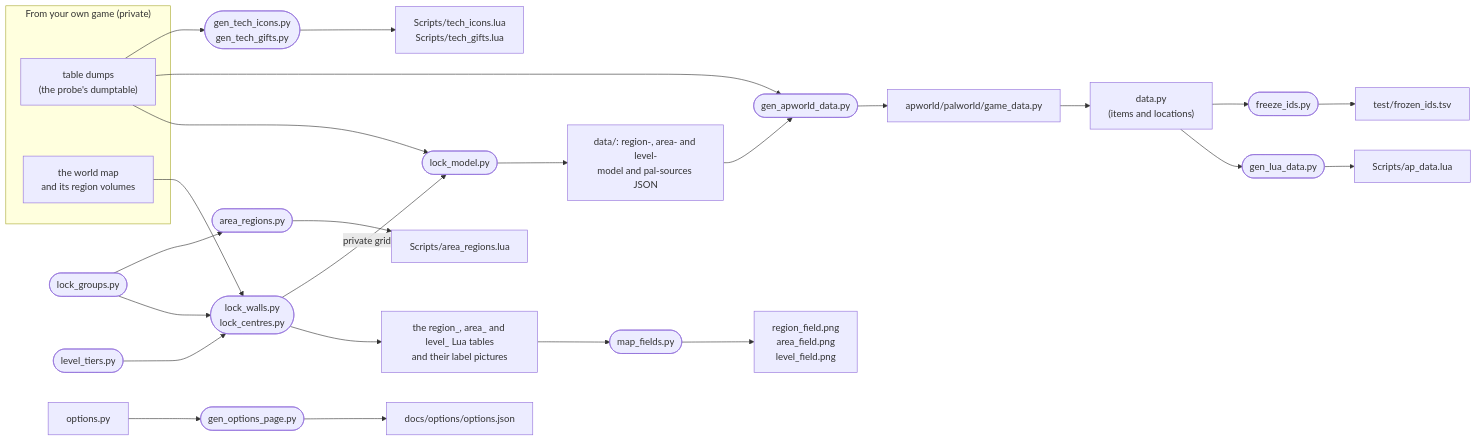
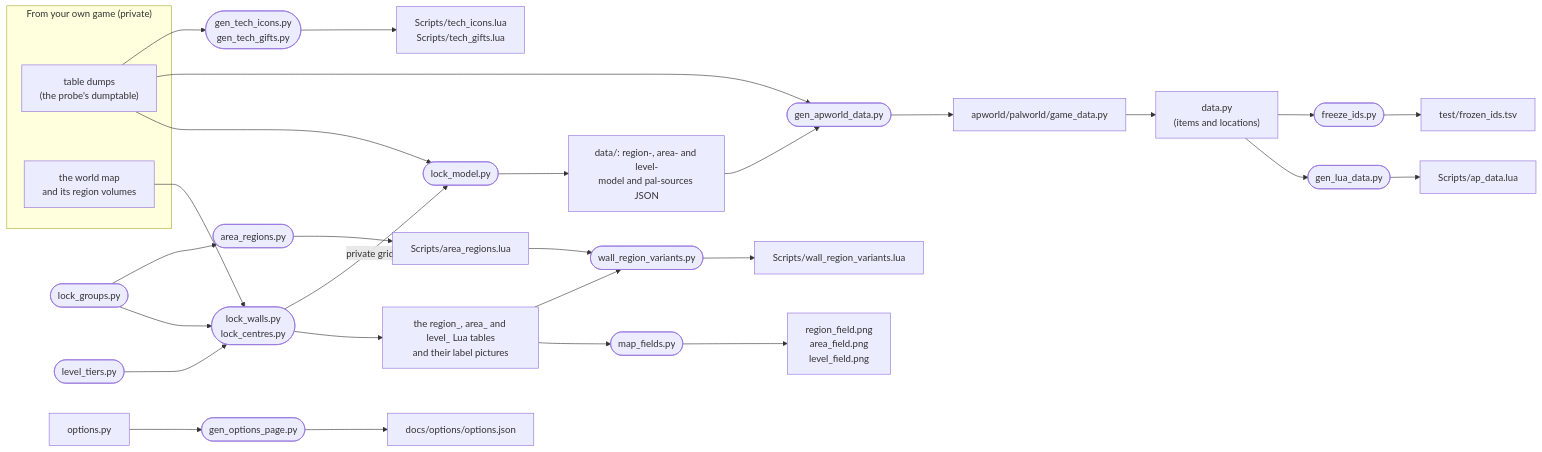
The third of 13 diagrams in docs/architecture.md (JustEyeTea/Palworld-Archipelago-Randomizer), drawn with Mermaid before and after one commit. The commit also changed other lines of this file and 55 other files, not shown here.

````diff
--- a/docs/architecture.md
+++ b/docs/architecture.md
@@ -150,22 +155,25 @@
 ```mermaid
 flowchart LR
   subgraph private["From your own game (private)"]
     DUMPS["table dumps<br/>(the probe's dumptable)"]
     MAP["the world map<br/>and its region volumes"]
   end
   LG(["lock_groups.py"]) --> LW
   MAP --> LW(["lock_walls.py<br/>lock_centres.py"])
   LT(["level_tiers.py"]) --> LW
   LW --> LOCKLUA["the region_, area_ and level_ Lua tables<br/>and their label pictures"]
   LOCKLUA --> MF(["map_fields.py"]) --> FIELDS["region_field.png<br/>area_field.png<br/>level_field.png"]
   LG --> AR(["area_regions.py"]) --> ARL["Scripts/area_regions.lua"]
+  ARL --> WV(["wall_region_variants.py"])
+  LOCKLUA --> WV --> WVL["Scripts/wall_region_variants.lua"]
   LW -->|"private grid"| LM(["lock_model.py"])
   DUMPS --> LM --> DATA["data/: region-, area- and level-<br/>model and pal-sources JSON"]
   DUMPS --> GA(["gen_apworld_data.py"])
   DATA --> GA --> GD["apworld/palworld/game_data.py"]
   GD --> DPY["data.py<br/>(items and locations)"]
   DPY --> GL(["gen_lua_data.py"]) --> APD["Scripts/ap_data.lua"]
   DPY --> FZ(["freeze_ids.py"]) --> FROZEN["test/frozen_ids.tsv"]
-  DUMPS --> GT(["gen_tech_icons.py<br/>gen_tech_gifts.py"]) --> TECH["Scripts/tech_icons.lua<br/>Scripts/tech_gifts.lua"]
+  DUMPS --> GT(["gen_tech_icons.py<br/>gen_tech_gifts.py"])
+  GT --> TECH["Scripts/tech_icons.lua<br/>Scripts/tech_gifts.lua"]
   OPT["options.py"] --> GO(["gen_options_page.py"]) --> OJ["docs/options/options.json"]
 ```
````
